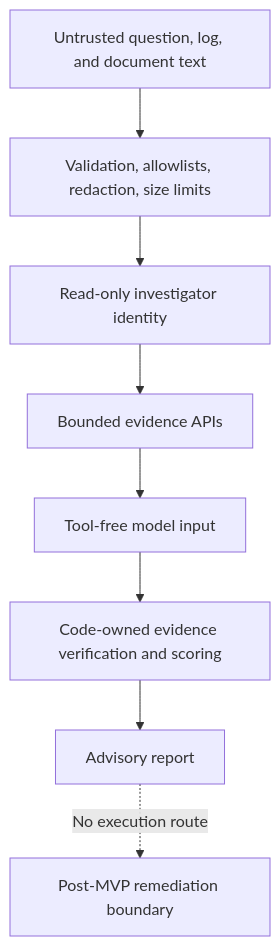
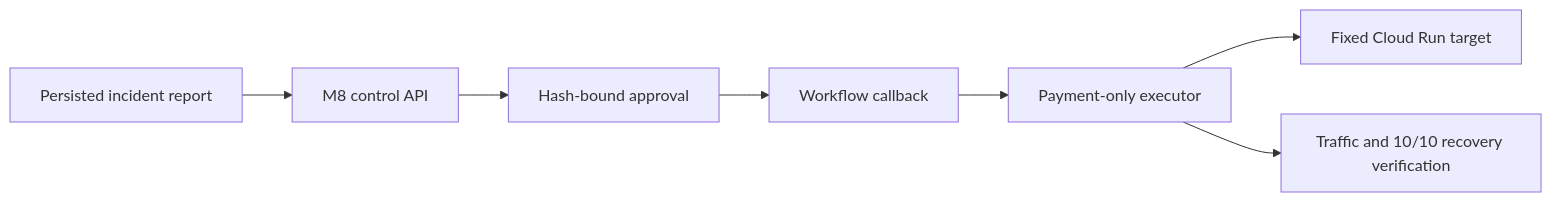
The second of 2 diagrams in docs/portfolio/architecture.md (rhdqngo/opspilot), drawn with Mermaid before and after one commit. The commit also changed other lines of this file and 54 other files, not shown here.

````diff
--- a/docs/portfolio/architecture.md
+++ b/docs/portfolio/architecture.md
@@ -39,10 +36,9 @@
 ```mermaid
-flowchart TB
-    E["Untrusted question, log, and document text"] --> B["Validation, allowlists, redaction, size limits"]
-    B --> I["Read-only investigator identity"]
-    I --> O["Bounded evidence APIs"]
-    O --> M["Tool-free model input"]
-    M --> V["Code-owned evidence verification and scoring"]
-    V --> A["Advisory report"]
-    A -. "No execution route" .-> W["Post-MVP remediation boundary"]
+flowchart LR
+    R["Persisted incident report"] --> CP["M8 control API"]
+    CP --> A["Hash-bound approval"]
+    A --> W["Workflow callback"]
+    W --> E["Payment-only executor"]
+    E --> CR["Fixed Cloud Run target"]
+    E --> V["Traffic and 10/10 recovery verification"]
 ```
````
